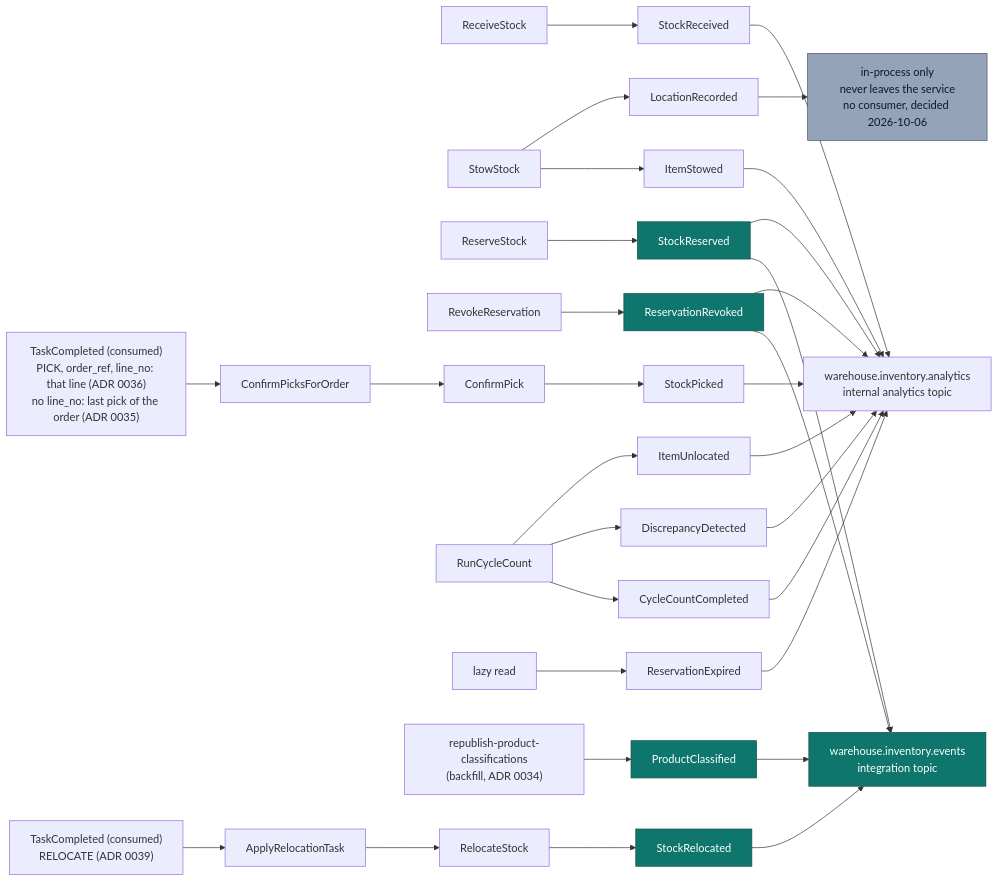
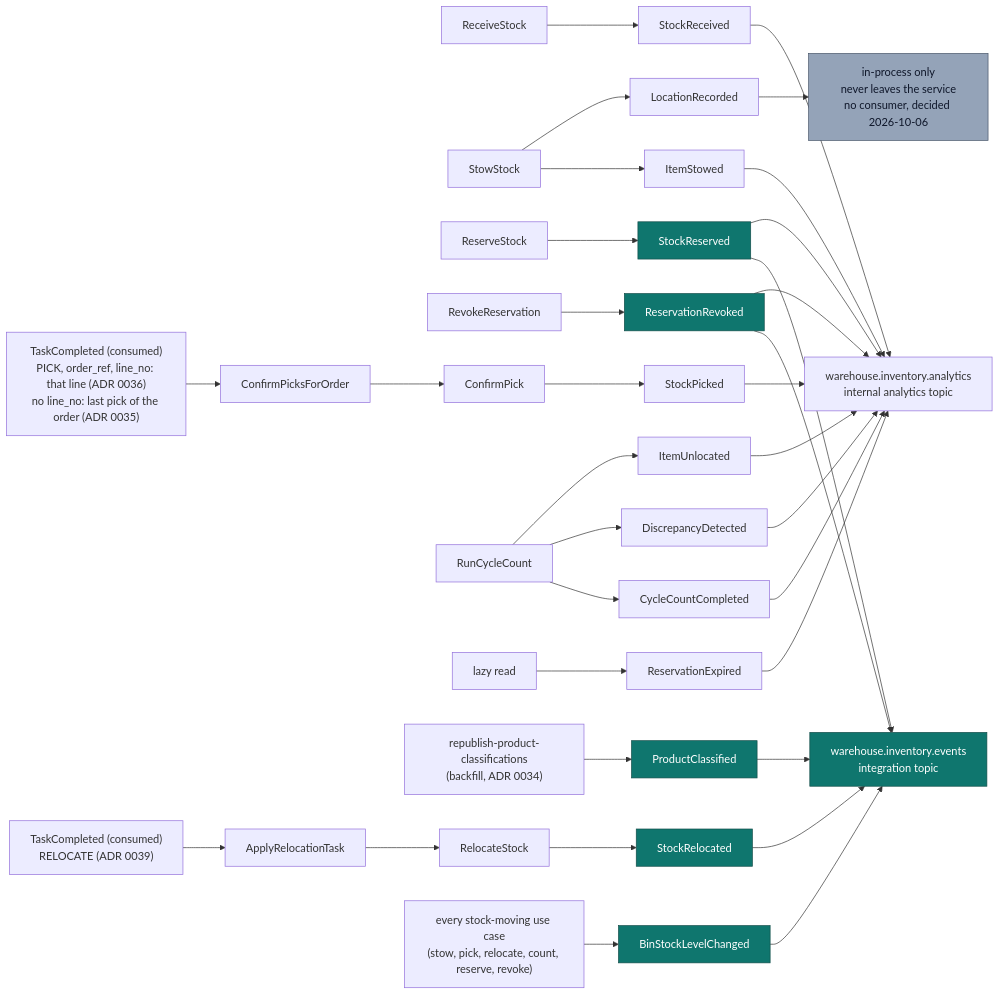
The diagram in docs/docs/ddd/domain-events.md (IQVO/inventory-storage), drawn with Mermaid before and after one commit. The commit also changed other lines of this file and 7 other files, not shown here.

Commit message:
docs(inventory): ADR 0040, asyncapi BinStockLevelChanged, event catalogue

````diff
--- a/docs/docs/ddd/domain-events.md
+++ b/docs/docs/ddd/domain-events.md
@@ -45,26 +46,27 @@
 ```mermaid
 flowchart LR
   RS["ReceiveStock"] --> E1["StockReceived"]
   SS["StowStock"] --> E2["ItemStowed"]
   SS --> E3["LocationRecorded"]
   RES["ReserveStock"] --> E4["StockReserved"]
   REV["RevokeReservation"] --> E5["ReservationRevoked"]
   CP["ConfirmPick"] --> E6["StockPicked"]
   TC["TaskCompleted (consumed)<br/>PICK, order_ref, line_no: that line (ADR 0036)<br/>no line_no: last pick of the order (ADR 0035)"] --> CPO["ConfirmPicksForOrder"] --> CP
   CC["RunCycleCount"] --> E7["CycleCountCompleted"]
   CC --> E8["DiscrepancyDetected"]
   CC --> E9["ItemUnlocated"]
   EXP["lazy read"] --> E10["ReservationExpired"]
   BF["republish-product-classifications<br/>(backfill, ADR 0034)"] --> E11["ProductClassified"]
   TCR["TaskCompleted (consumed)<br/>RELOCATE (ADR 0039)"] --> ART["ApplyRelocationTask"] --> RLS["RelocateStock"]
   RLS --> E12["StockRelocated"]
+  LVL["every stock-moving use case<br/>(stow, pick, relocate, count, reserve, revoke)"] --> E13["BinStockLevelChanged"]
 
-  E4 & E5 & E11 & E12 --> KAF["warehouse.inventory.events<br/>integration topic"]
+  E4 & E5 & E11 & E12 & E13 --> KAF["warehouse.inventory.events<br/>integration topic"]
   E1 & E2 & E4 & E5 & E6 & E7 & E8 & E9 & E10 --> ANA["warehouse.inventory.analytics<br/>internal analytics topic"]
   E3 --> LOG["in-process only<br/>never leaves the service<br/>no consumer, decided 2026-10-06"]
 
   classDef wired fill:#0f766e,stroke:#134e4a,color:#fff;
   classDef local fill:#94a3b8,stroke:#475569,color:#0f172a;
-  class E4,E5,E11,E12,KAF wired;
+  class E4,E5,E11,E12,E13,KAF wired;
   class LOG local;
 ```
````
